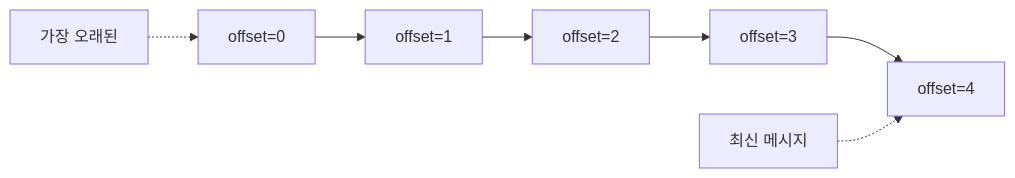
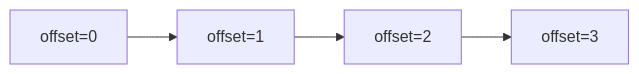
One commit to yjkim2015/yjkim2015.github.io changed the third of 11 diagrams in _posts/kafka/2026-05-01-kafka-fundamentals.md. Above: the diagram before and after it, drawn with Mermaid. The commit also changed other lines of this file and 5 other files, not shown here.

````diff
--- a/_posts/kafka/2026-05-01-kafka-fundamentals.md
+++ b/_posts/kafka/2026-05-01-kafka-fundamentals.md
@@ -96,6 +107,4 @@
 ```mermaid
 graph LR
-    O0["offset=0"] --> O1["offset=1"] --> O2["offset=2"] --> O3["offset=3"] --> O4["offset=4"]
-    note1["가장 오래된"] -.-> O0
-    note2["최신 메시지"] -.-> O4
+    O0["offset=0"] --> O1["offset=1"] --> O2["offset=2"] --> O3["offset=3"]
 ```
````
